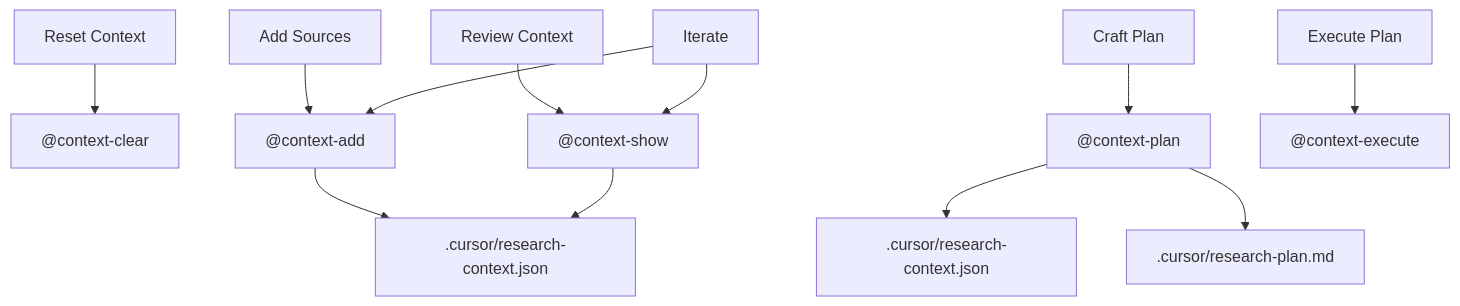
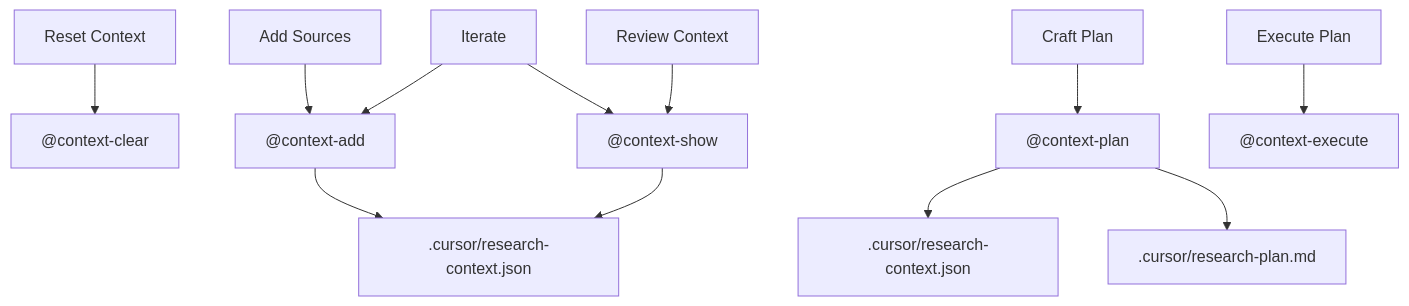
The second of 3 diagrams in README.md (gustavo-gardusi/cursor-skills), drawn with Mermaid before and after one commit. The commit also changed other lines of this file, not shown here.

First line of the commit message:
Adjust context DAG visual order in README.

````diff
--- a/README.md
+++ b/README.md
@@ -78,19 +78,19 @@
 ```mermaid
 flowchart TD
     resetContext[Reset Context] --> contextClear["@context-clear"]
 
     addSources[Add Sources] --> contextAdd["@context-add"]
     contextAdd --> contextData[.cursor/research-context.json]
 
+    iterateContext[Iterate] --> contextAdd
+    iterateContext --> contextShow
+
     reviewContext[Review Context] --> contextShow["@context-show"]
     contextShow --> contextData
-
-    iterateContext[Iterate] --> contextAdd
-    iterateContext --> contextShow
 
     craftPlan[Craft Plan] --> contextPlan["@context-plan"]
     contextPlan --> contextDataPlan[.cursor/research-context.json]
     contextPlan --> planFile[.cursor/research-plan.md]
 
     executePlan[Execute Plan] --> contextExecute["@context-execute"]
 ```
````
